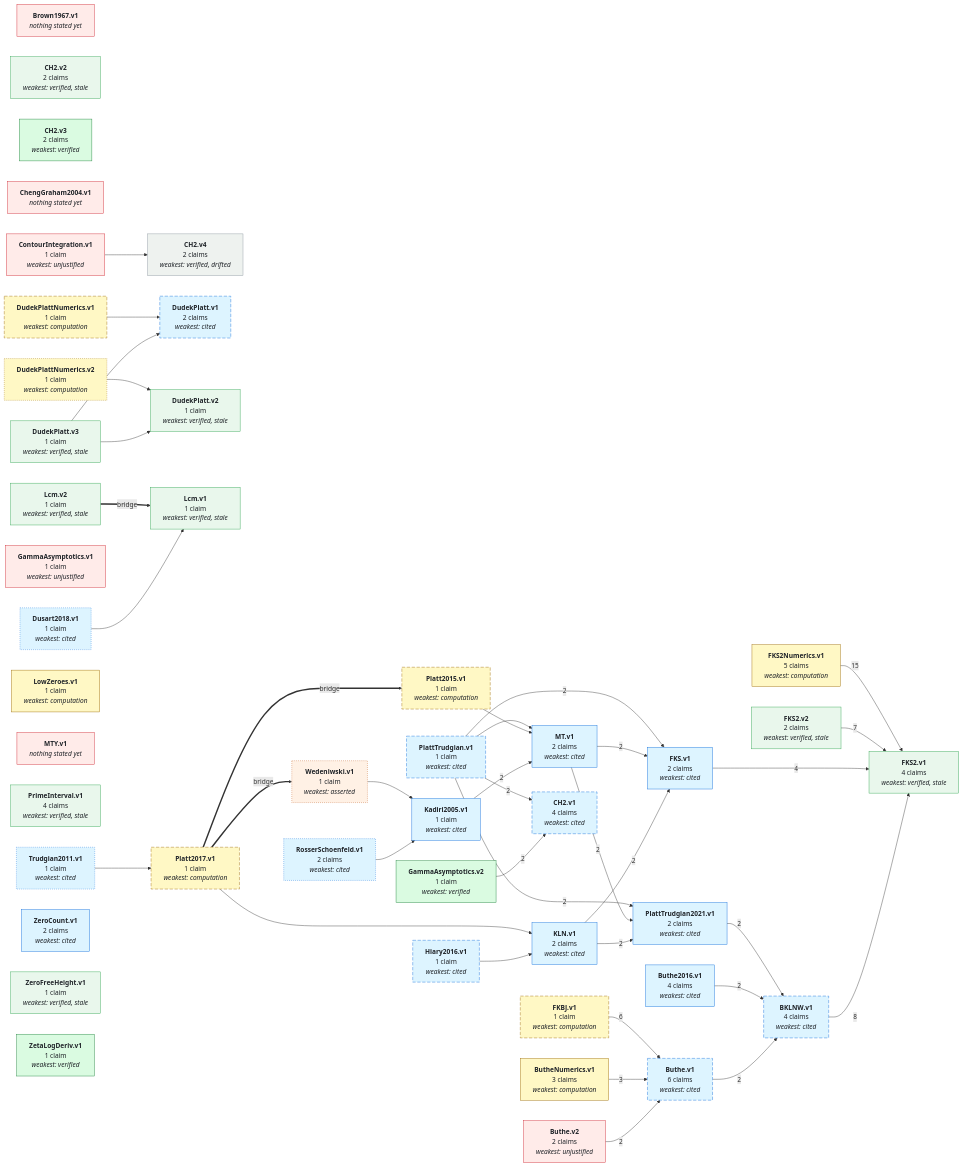
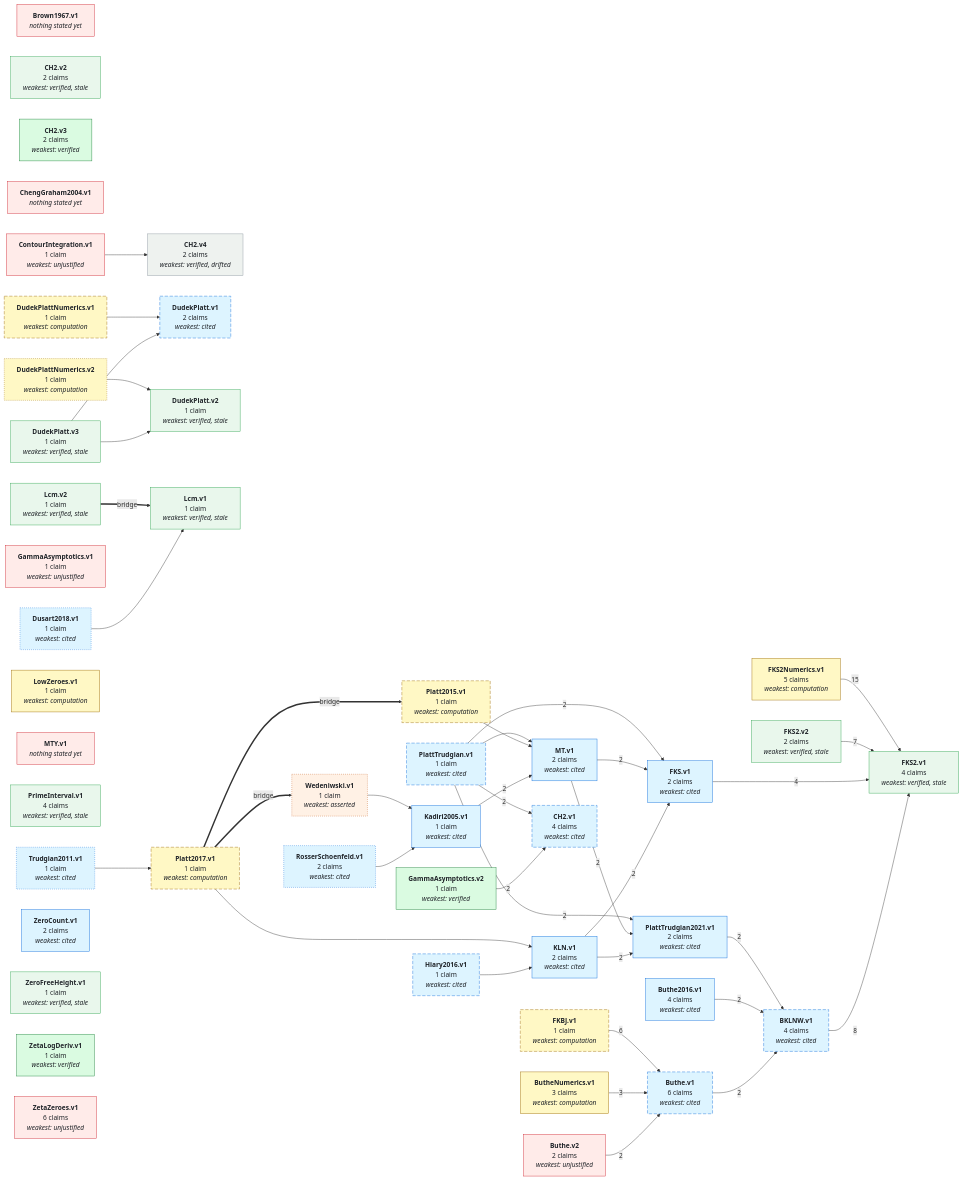
One commit to Chessing234/IEANTN changed the first of 2 diagrams in GRAPH.md. Above: the diagram before and after it, drawn with Mermaid. The commit also changed other lines of this file and 14 other files, not shown here.

```diff
--- a/GRAPH.md
+++ b/GRAPH.md
@@ -96,6 +96,7 @@
   NZeroCount_v1["<b>ZeroCount.v1</b><br/>2 claims<br/><i>weakest: cited</i>"]
   NZeroFreeHeight_v1["<b>ZeroFreeHeight.v1</b><br/>1 claim<br/><i>weakest: verified, stale</i>"]
   NZetaLogDeriv_v1["<b>ZetaLogDeriv.v1</b><br/>1 claim<br/><i>weakest: verified</i>"]
+  NZetaZeroes_v1["<b>ZetaZeroes.v1</b><br/>6 claims<br/><i>weakest: unjustified</i>"]
   NBKLNW_v1 -->|8| NFKS2_v1
   NButhe_v1 -->|2| NBKLNW_v1
   NButhe_v2 -->|2| NButhe_v1
@@ -146,7 +147,7 @@
   style NRosserSchoenfeld_v1 stroke-dasharray: 2 3;
   style NTrudgian2011_v1 stroke-dasharray: 2 3;
   style NWedeniwski_v1 stroke-dasharray: 2 3;
-  class NBrown1967_v1,NButhe_v2,NChengGraham2004_v1,NContourIntegration_v1,NGammaAsymptotics_v1,NMTY_v1 none_yet;
+  class NBrown1967_v1,NButhe_v2,NChengGraham2004_v1,NContourIntegration_v1,NGammaAsymptotics_v1,NMTY_v1,NZetaZeroes_v1 none_yet;
   class NCH2_v4 lean_comparator_drifted;
   class NWedeniwski_v1 asserted;
   class NBKLNW_v1,NButhe_v1,NButhe2016_v1,NCH2_v1,NDudekPlatt_v1,NDusart2018_v1,NFKS_v1,NHiary2016_v1,NKLN_v1,NKadiri2005_v1,NMT_v1,NPlattTrudgian_v1,NPlattTrudgian2021_v1,NRosserSchoenfeld_v1,NTrudgian2011_v1,NZeroCount_v1 literature;
@@ -194,6 +195,7 @@
   click NZeroCount_v1 href "https://github.com/teorth/IEANTN/blob/main/docs/nodes/ZeroCount-v1.md" _blank
   click NZeroFreeHeight_v1 href "https://github.com/teorth/IEANTN/blob/main/docs/nodes/ZeroFreeHeight-v1.md" _blank
   click NZetaLogDeriv_v1 href "https://github.com/teorth/IEANTN/blob/main/docs/nodes/ZetaLogDeriv-v1.md" _blank
+  click NZetaZeroes_v1 href "https://github.com/teorth/IEANTN/blob/main/docs/nodes/ZetaZeroes-v1.md" _blank
   classDef lean_comparator fill:#dafbe1,stroke:#1a7f37,color:#1f2328;
   classDef lean_comparator_stale fill:#e9f7ec,stroke:#2da44e,color:#1f2328;
   classDef lean_comparator_drifted fill:#eef2ef,stroke:#8b949e,color:#1f2328;
```
